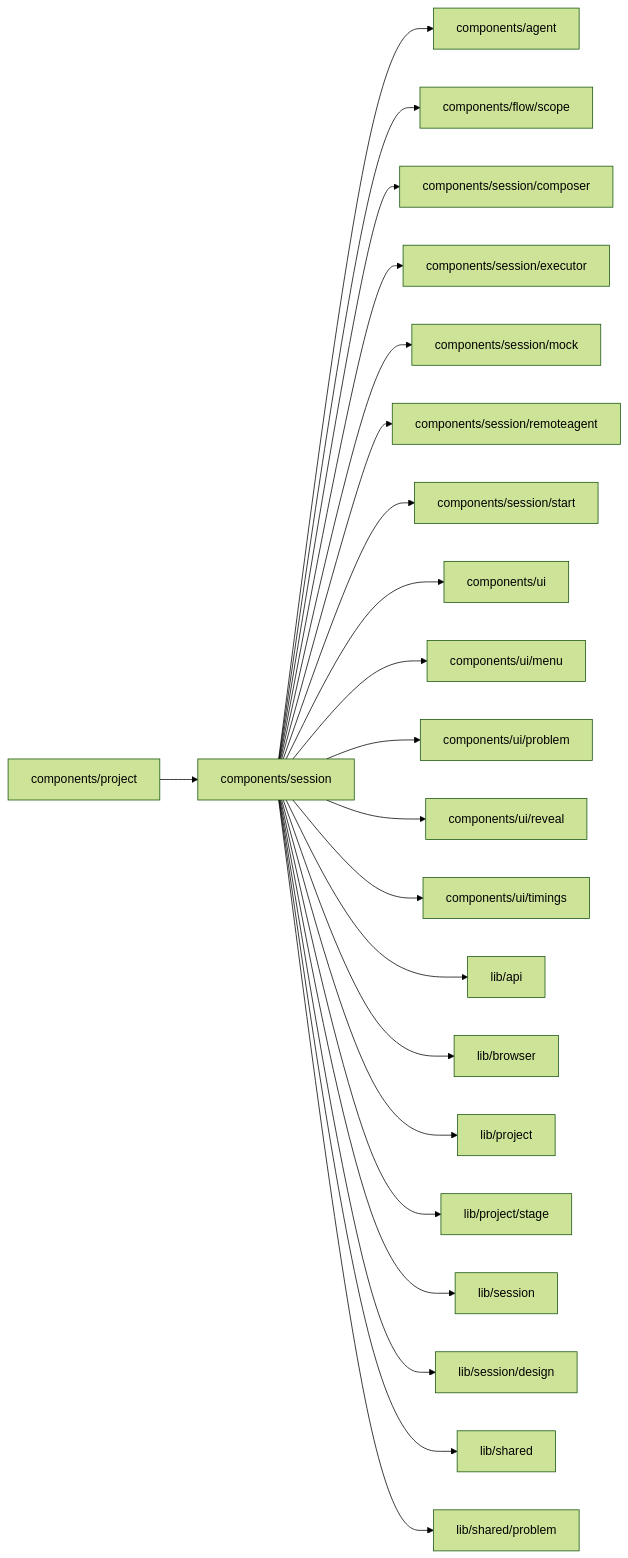
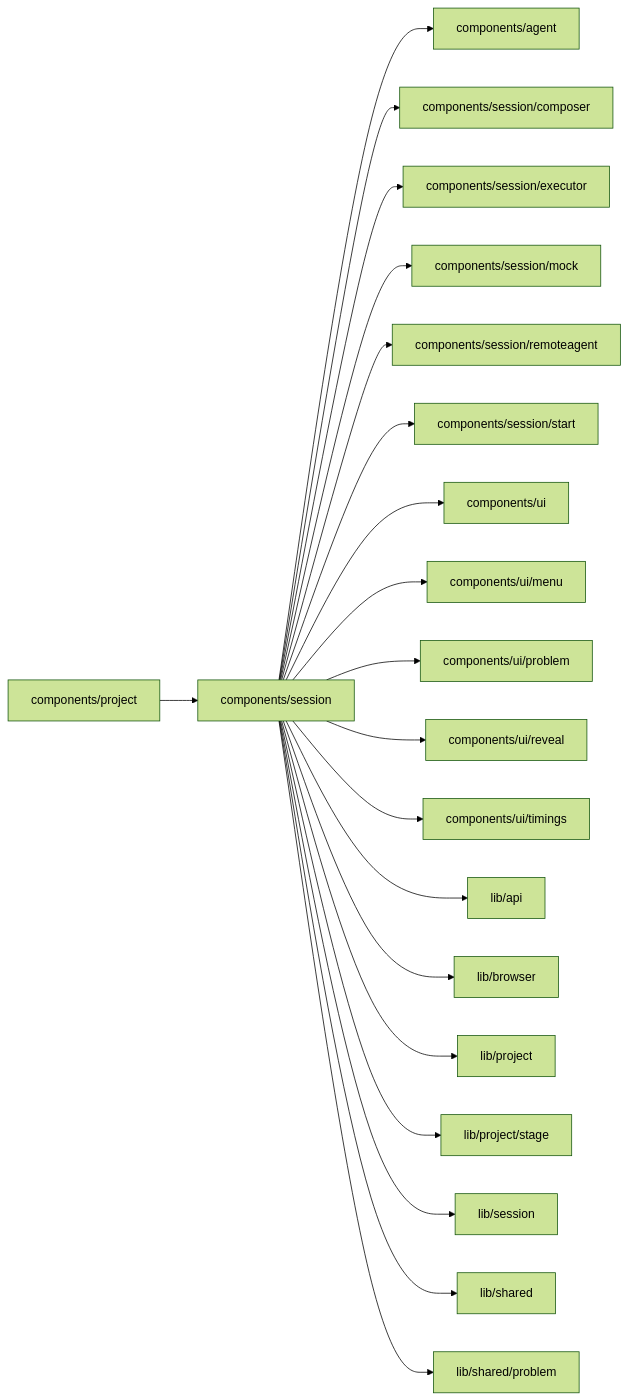
Before and after one commit to superdurable/superverse: the diagram in web/studio/components/session/README.md, drawn with Mermaid (forest theme). The commit also changed other lines of this file and 162 other files, not shown here.

````diff
--- a/web/studio/components/session/README.md
+++ b/web/studio/components/session/README.md
@@ -10,25 +10,23 @@
 ```mermaid
 flowchart LR
   self["components/session"]
   c0["components/project"] --> self
   self --> d0["components/agent"]
-  self --> d1["components/flow/scope"]
-  self --> d2["components/session/composer"]
-  self --> d3["components/session/executor"]
-  self --> d4["components/session/mock"]
-  self --> d5["components/session/remoteagent"]
-  self --> d6["components/session/start"]
-  self --> d7["components/ui"]
-  self --> d8["components/ui/menu"]
-  self --> d9["components/ui/problem"]
-  self --> d10["components/ui/reveal"]
-  self --> d11["components/ui/timings"]
-  self --> d12["lib/api"]
-  self --> d13["lib/browser"]
-  self --> d14["lib/project"]
-  self --> d15["lib/project/stage"]
-  self --> d16["lib/session"]
-  self --> d17["lib/session/design"]
-  self --> d18["lib/shared"]
-  self --> d19["lib/shared/problem"]
+  self --> d1["components/session/composer"]
+  self --> d2["components/session/executor"]
+  self --> d3["components/session/mock"]
+  self --> d4["components/session/remoteagent"]
+  self --> d5["components/session/start"]
+  self --> d6["components/ui"]
+  self --> d7["components/ui/menu"]
+  self --> d8["components/ui/problem"]
+  self --> d9["components/ui/reveal"]
+  self --> d10["components/ui/timings"]
+  self --> d11["lib/api"]
+  self --> d12["lib/browser"]
+  self --> d13["lib/project"]
+  self --> d14["lib/project/stage"]
+  self --> d15["lib/session"]
+  self --> d16["lib/shared"]
+  self --> d17["lib/shared/problem"]
 ```
````
